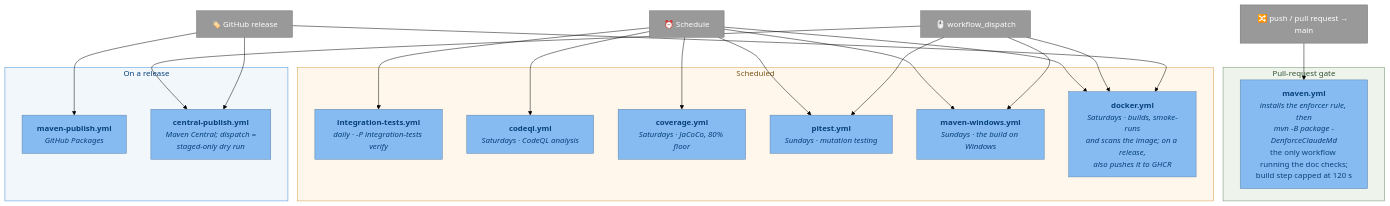
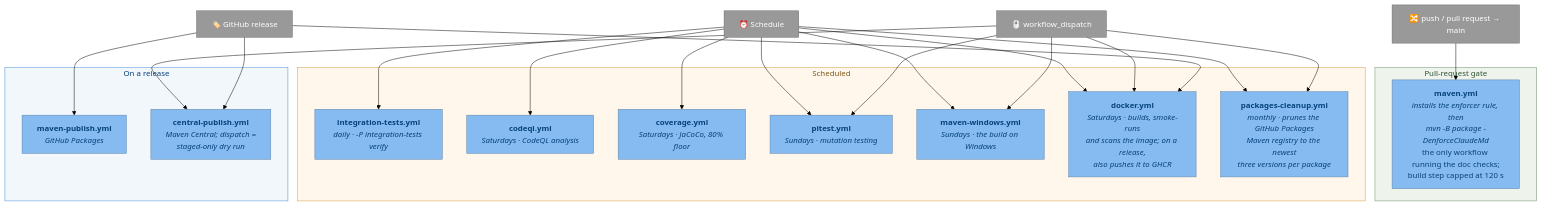
The tenth of 10 diagrams in docs/c4-architecture.md (adamw7/tools), drawn with Mermaid (forest theme) before and after one commit. The commit also changed 3 other files, not shown here.

First line of the commit message:
ci: prune old GitHub Packages versions monthly (#684)

````diff
--- a/docs/c4-architecture.md
+++ b/docs/c4-architecture.md
@@ -719,48 +719,51 @@
 ```mermaid
 flowchart TB
     pr["🔀 push / pull request → main"]
     sched["⏰ Schedule"]
     manual["🖱️ workflow_dispatch"]
     rel["🏷️ GitHub release"]
 
     subgraph gate ["Pull-request gate"]
         mavenWf["<b>maven.yml</b><br/><i>installs the enforcer rule, then<br/>mvn -B package -DenforceClaudeMd</i><br/>the only workflow running the doc checks;<br/>build step capped at 120 s"]
     end
 
     subgraph scheduled ["Scheduled"]
         itWf["<b>integration-tests.yml</b><br/><i>daily · -P integration-tests verify</i>"]
         codeqlWf["<b>codeql.yml</b><br/><i>Saturdays · CodeQL analysis</i>"]
         covWf["<b>coverage.yml</b><br/><i>Saturdays · JaCoCo, 80% floor</i>"]
         pitWf["<b>pitest.yml</b><br/><i>Sundays · mutation testing</i>"]
         winWf["<b>maven-windows.yml</b><br/><i>Sundays · the build on Windows</i>"]
         dockerWf["<b>docker.yml</b><br/><i>Saturdays · builds, smoke-runs<br/>and scans the image; on a release,<br/>also pushes it to GHCR</i>"]
+        pkgCleanWf["<b>packages-cleanup.yml</b><br/><i>monthly · prunes the GitHub Packages<br/>Maven registry to the newest<br/>three versions per package</i>"]
     end
 
     subgraph publish ["On a release"]
         ghPkg["<b>maven-publish.yml</b><br/><i>GitHub Packages</i>"]
         central["<b>central-publish.yml</b><br/><i>Maven Central; dispatch =<br/>staged-only dry run</i>"]
     end
 
     pr --> mavenWf
     sched --> itWf
     sched --> codeqlWf
     sched --> covWf
     sched --> pitWf
     sched --> winWf
     sched --> dockerWf
+    sched --> pkgCleanWf
     manual --> pitWf
     manual --> winWf
     manual --> dockerWf
+    manual --> pkgCleanWf
     manual --> central
     rel --> dockerWf
     rel --> ghPkg
     rel --> central
 
     classDef comp fill:#85bbf0,stroke:#5d82a8,color:#08427b
     classDef ext fill:#999999,stroke:#6b6b6b,color:#fff
-    class mavenWf,dockerWf,codeqlWf,itWf,covWf,pitWf,winWf,ghPkg,central comp
+    class mavenWf,dockerWf,codeqlWf,itWf,covWf,pitWf,winWf,pkgCleanWf,ghPkg,central comp
     class pr,sched,manual,rel ext
     style gate fill:#eef4ec,stroke:#6b8e6b,color:#2f5230
     style scheduled fill:#fff7ec,stroke:#d59a43,color:#7a5418
     style publish fill:#f2f7fc,stroke:#438dd5,color:#08427b
 ```
````
